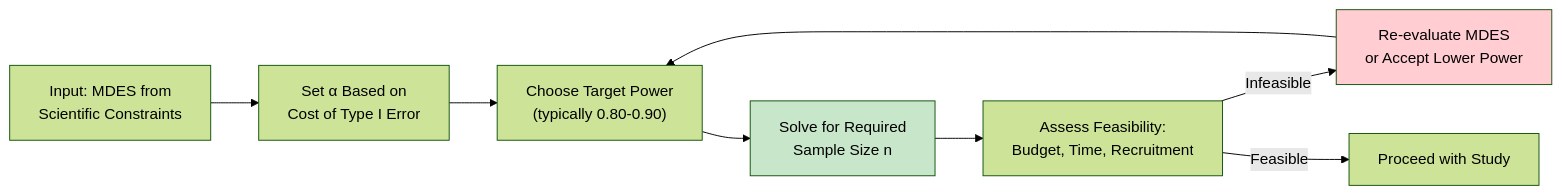
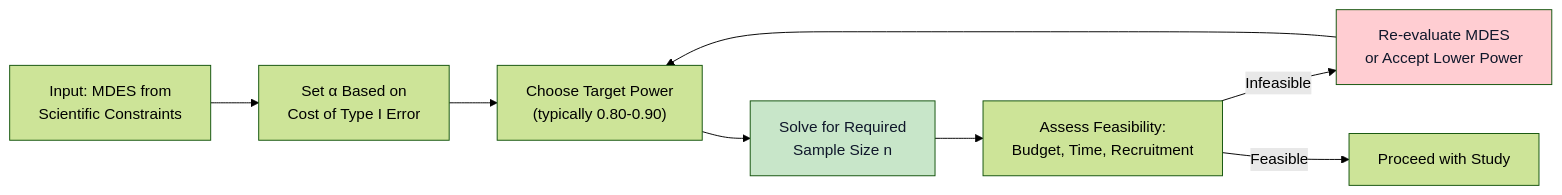
Before and after one commit to blebleblee/synapse: the second of 2 diagrams in topics/computing/data/data_analysis/lesson_04_power_analysis.md, drawn with Mermaid (forest theme). The commit also changed other lines of this file and 1464 other files, not shown here.

Commit message:
feat(release): curriculum vector mermaid upgrade, render hardening, and master synpack

````diff
--- a/topics/computing/data/data_analysis/lesson_04_power_analysis.md
+++ b/topics/computing/data/data_analysis/lesson_04_power_analysis.md
@@ -228,13 +228,13 @@
 ```mermaid
 graph LR
     A["Input: MDES from<br/>Scientific Constraints"] --> B["Set α Based on<br/>Cost of Type I Error"]
     B --> C["Choose Target Power<br/>(typically 0.80-0.90)"]
     C --> D["Solve for Required<br/>Sample Size n"]
     D --> E["Assess Feasibility:<br/>Budget, Time, Recruitment"]
     E -->|Infeasible| F["Re-evaluate MDES<br/>or Accept Lower Power"]
     E -->|Feasible| G["Proceed with Study"]
     F --> C
     
-    style D fill:#c8e6c9
-    style F fill:#ffcdd2
+    style D fill:#c8e6c9,color:#0f172a
+    style F fill:#ffcdd2,color:#0f172a
 ```
````
